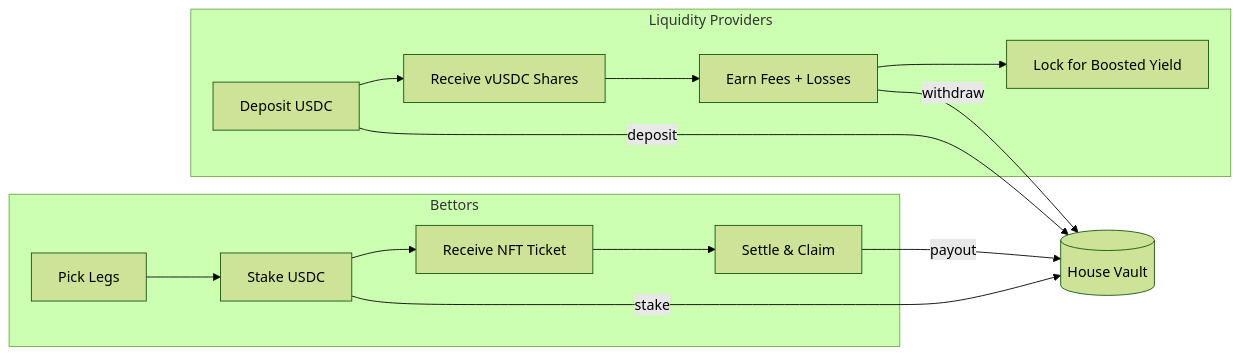
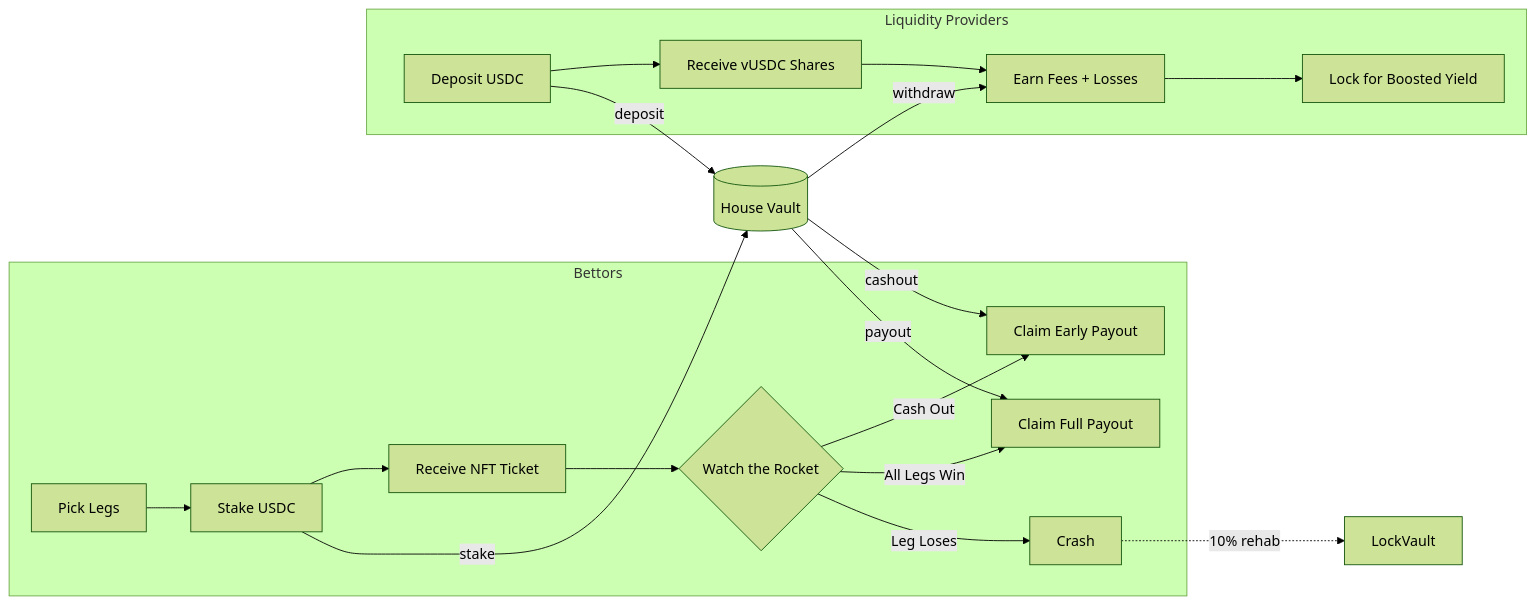
One commit to roman-popenov/parlaycity changed the first of 7 diagrams in README.md. Above: the diagram before and after it, drawn with Mermaid (forest theme). The commit also changed other lines of this file, not shown here.

````diff
--- a/README.md
+++ b/README.md
@@ -13,19 +13,24 @@
 ```mermaid
 graph LR
     subgraph Bettors
         A[Pick Legs] --> B[Stake USDC]
         B --> C[Receive NFT Ticket]
-        C --> D[Settle & Claim]
+        C --> D{Watch the Rocket}
+        D -->|Cash Out| E[Claim Early Payout]
+        D -->|All Legs Win| F[Claim Full Payout]
+        D -->|Leg Loses| G[Crash]
     end
 
     subgraph Liquidity Providers
-        E[Deposit USDC] --> F[Receive vUSDC Shares]
-        F --> G[Earn Fees + Losses]
-        G --> H[Lock for Boosted Yield]
+        H[Deposit USDC] --> I[Receive vUSDC Shares]
+        I --> J[Earn Fees + Losses]
+        J --> K[Lock for Boosted Yield]
     end
 
     B -- stake --> Vault[(House Vault)]
-    D -- payout --> Vault
-    E -- deposit --> Vault
-    G -- withdraw --> Vault
+    Vault -- cashout --> E
+    Vault -- payout --> F
+    G -. 10% rehab .-> Lock[LockVault]
+    H -- deposit --> Vault
+    Vault -- withdraw --> J
 ```
````
